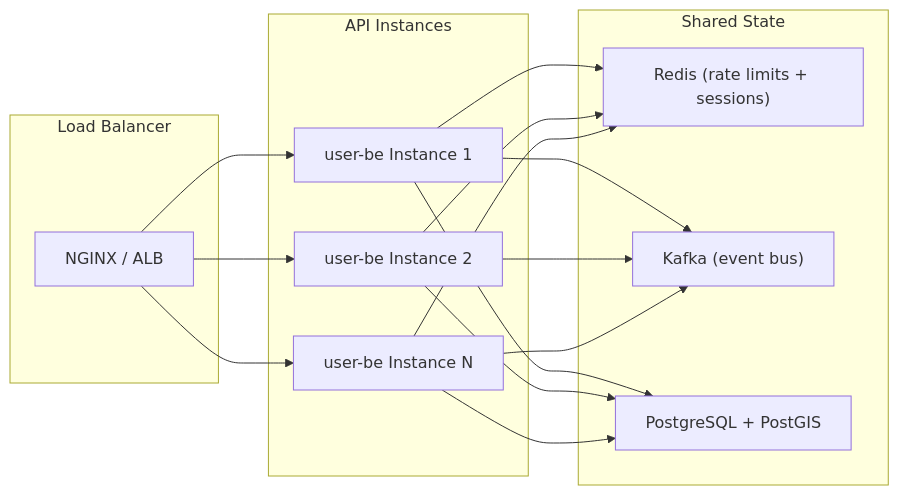
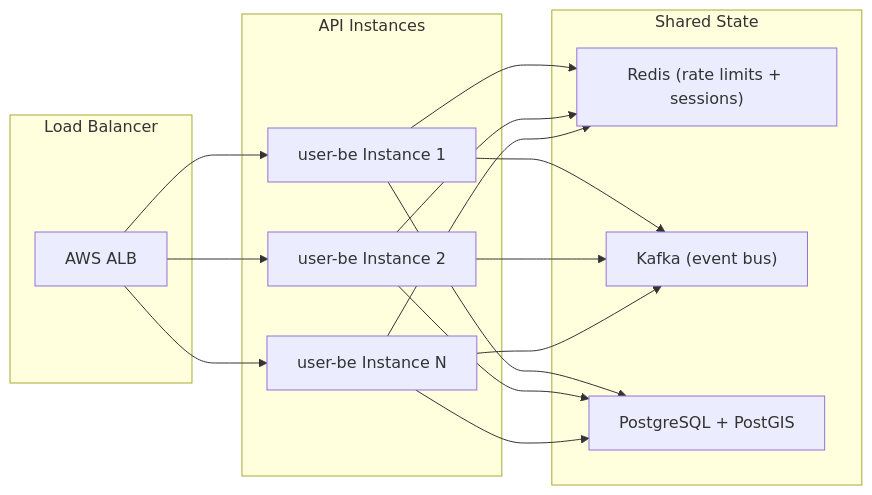
The ninth of 9 diagrams in README.md (neutron420/RakshaSetu), drawn with Mermaid before and after one commit. The commit also changed other lines of this file, not shown here.

Commit message:
fix: update README to reflect changes in backend technology and AWS services

````diff
--- a/README.md
+++ b/README.md
@@ -713,31 +716,31 @@
 ```mermaid
 graph LR
     subgraph "Load Balancer"
-        LB["NGINX / ALB"]
+        LB["AWS ALB"]
     end
 
     subgraph "API Instances"
         A1["user-be Instance 1"]
         A2["user-be Instance 2"]
         A3["user-be Instance N"]
     end
 
     subgraph "Shared State"
         R["Redis (rate limits + sessions)"]
         K["Kafka (event bus)"]
         DB["PostgreSQL + PostGIS"]
     end
 
     LB --> A1
     LB --> A2
     LB --> A3
     A1 --> R
     A2 --> R
     A3 --> R
     A1 --> K
     A2 --> K
     A3 --> K
     A1 --> DB
     A2 --> DB
     A3 --> DB
 ```
````
